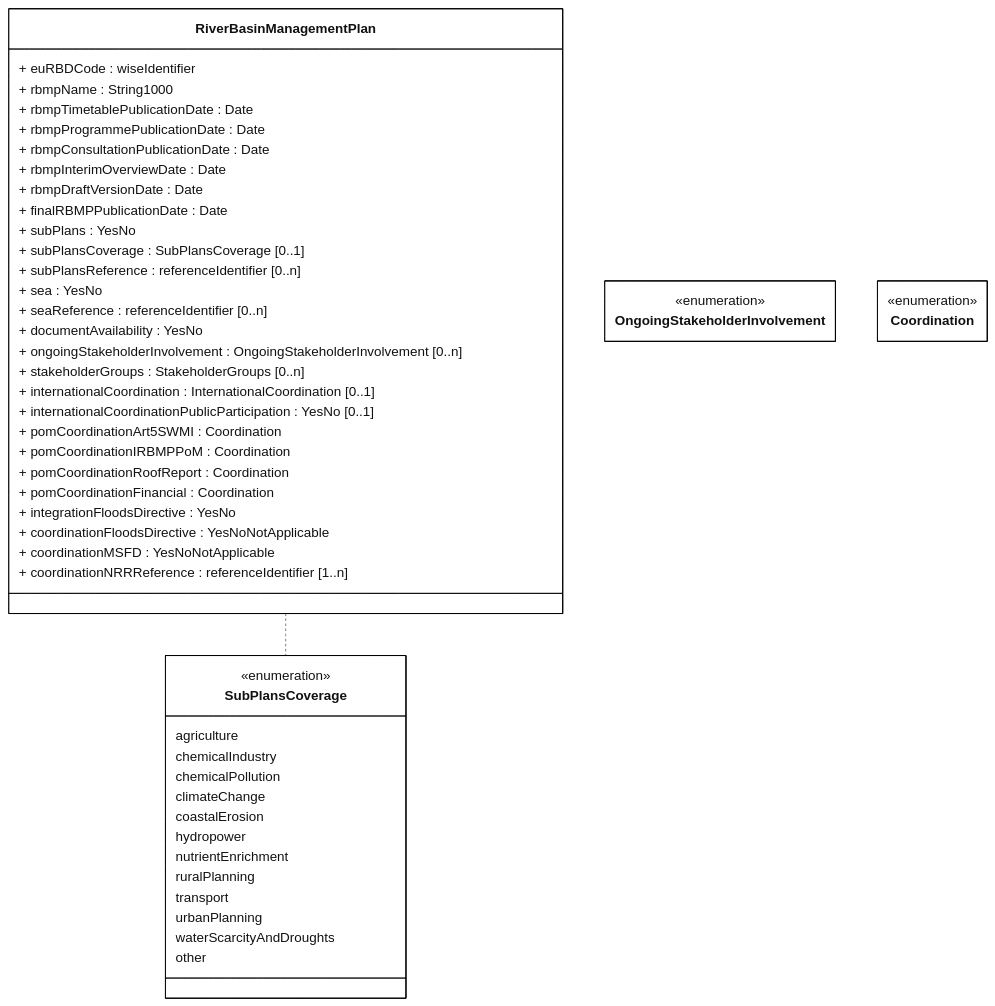
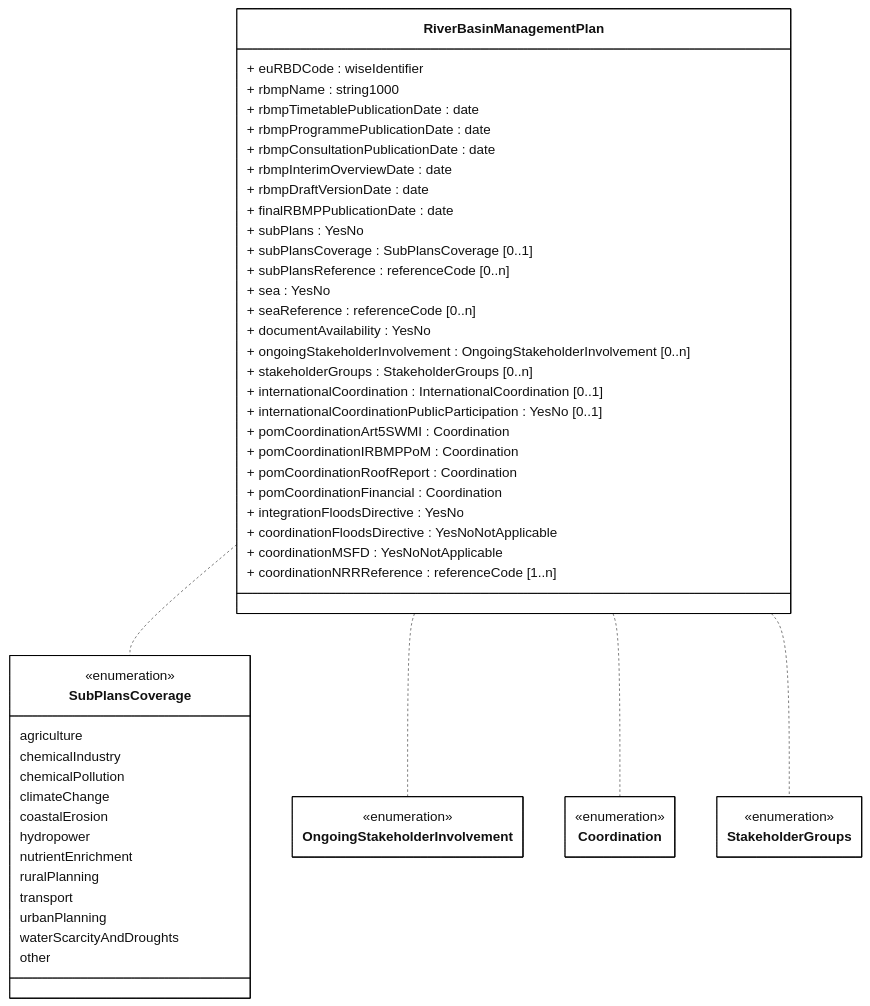
Before and after one commit to eeadata/WISE.WFD.Documentation: the diagram in docs/DataModelReview/mmd/Measures_4thCycle_RiverBasinManagementPlan_ClassDiagram.mmd, drawn with Mermaid.

Commit message:
Refactor RiverBasinManagementPlan class attributes
Updated data types for various attributes in the RiverBasinManagementPlan class and modified references to use 'referenceCode'.

```diff
--- a/docs/DataModelReview/mmd/Measures_4thCycle_RiverBasinManagementPlan_ClassDiagram.mmd
+++ b/docs/DataModelReview/mmd/Measures_4thCycle_RiverBasinManagementPlan_ClassDiagram.mmd
@@ -1,73 +1,79 @@
 ---
 config:
   class:
     hideEmptyMembersBox: true
   layout: dagre
   theme: neutral
 ---
 classDiagram
 direction TB
 
 class RiverBasinManagementPlan{
 + euRBDCode :  wiseIdentifier
-+ rbmpName : String1000
++ rbmpName : string1000
 
-+ rbmpTimetablePublicationDate : Date 
-+ rbmpProgrammePublicationDate : Date 
-+ rbmpConsultationPublicationDate : Date 
-+ rbmpInterimOverviewDate : Date 
-+ rbmpDraftVersionDate : Date 
-+ finalRBMPPublicationDate : Date 
++ rbmpTimetablePublicationDate : date 
++ rbmpProgrammePublicationDate : date 
++ rbmpConsultationPublicationDate : date 
++ rbmpInterimOverviewDate : date 
++ rbmpDraftVersionDate : date 
++ finalRBMPPublicationDate : date 
 
 + subPlans : YesNo
 + subPlansCoverage : SubPlansCoverage [0..1]
-+ subPlansReference : referenceIdentifier [0..n]
++ subPlansReference : referenceCode [0..n]
 
 + sea : YesNo
-+ seaReference : referenceIdentifier [0..n]
++ seaReference : referenceCode [0..n]
 
 + documentAvailability  : YesNo
 
 + ongoingStakeholderInvolvement : OngoingStakeholderInvolvement [0..n]
 + stakeholderGroups : StakeholderGroups [0..n]
 
 + internationalCoordination : InternationalCoordination [0..1]
 + internationalCoordinationPublicParticipation : YesNo [0..1]
 + pomCoordinationArt5SWMI : Coordination
 + pomCoordinationIRBMPPoM : Coordination
 + pomCoordinationRoofReport : Coordination
 + pomCoordinationFinancial : Coordination
 
 + integrationFloodsDirective : YesNo
 + coordinationFloodsDirective : YesNoNotApplicable
 + coordinationMSFD : YesNoNotApplicable
 
-+ coordinationNRRReference : referenceIdentifier [1..n]
++ coordinationNRRReference : referenceCode [1..n]
 }
 
 class SubPlansCoverage{
     <<enumeration>>
     agriculture
     chemicalIndustry
     chemicalPollution
     climateChange
     coastalErosion
     hydropower
     nutrientEnrichment
     ruralPlanning
     transport
     urbanPlanning
     waterScarcityAndDroughts
     other
     }
 class OngoingStakeholderInvolvement{
     <<enumeration>>
     }
 class Coordination{
     <<enumeration>>
     }
+class StakeholderGroups{
+    <<enumeration>>
+    }
 
 RiverBasinManagementPlan .. SubPlansCoverage
+RiverBasinManagementPlan .. OngoingStakeholderInvolvement
+RiverBasinManagementPlan .. Coordination
+RiverBasinManagementPlan .. StakeholderGroups
 
 classDef default fill:white,stroke:#000;
 classDef forFixing fill:white,stroke:#f00;
```
